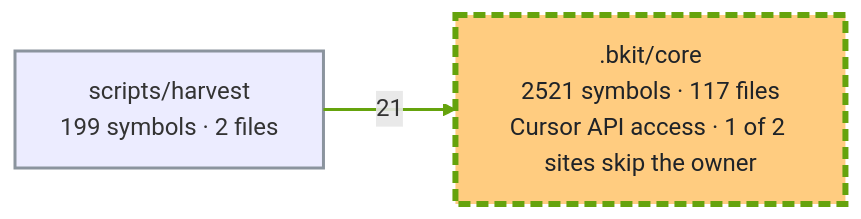
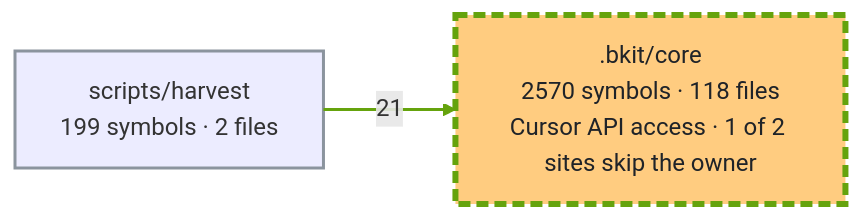
Before and after one commit to cbartens/bkit: the second of 3 diagrams in docs/capabilities.md, drawn with Mermaid. The commit also changed other lines of this file and 71 other files, not shown here.

````diff
--- a/docs/capabilities.md
+++ b/docs/capabilities.md
@@ -169,16 +169,16 @@
 ```mermaid
 ---
 config:
   layout: elk
   flowchart:
     useMaxWidth: false
 ---
 flowchart LR
-  %% Generated by bkit-graphify-rollup.py from 84f59670947bda23bd5ccce2c3632651e574a4c6 — do not edit
-  n_bkit_core[".bkit/core<br/>2521 symbols · 117 files<br/>Cursor API access · 1 of 2 sites skip the owner"]
+  %% Generated by bkit-graphify-rollup.py from 094f40ca9acab2fa516bf8df815d888c6ead89d5 — do not edit
+  n_bkit_core[".bkit/core<br/>2570 symbols · 118 files<br/>Cursor API access · 1 of 2 sites skip the owner"]
   nscripts_harvest["scripts/harvest<br/>199 symbols · 2 files"]
   nscripts_harvest -->|21| n_bkit_core
   style n_bkit_core stroke:#65a30d,stroke-width:4px,stroke-dasharray:8 4,fill:#ffcc80,color:#1f2328
   style nscripts_harvest stroke:#8b949e,stroke-width:2px
   linkStyle 0 stroke:#65a30d,stroke-width:2px
 ```
````
